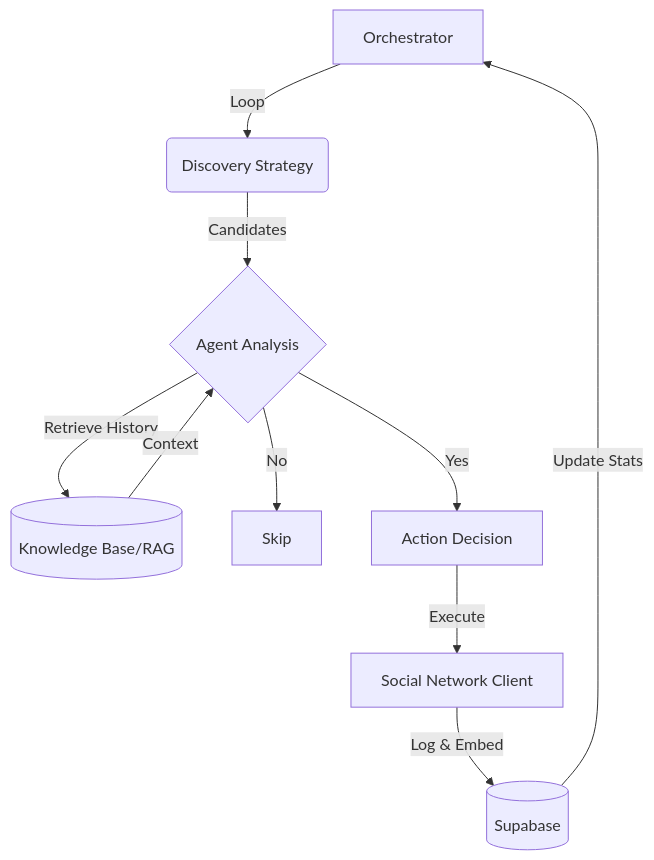
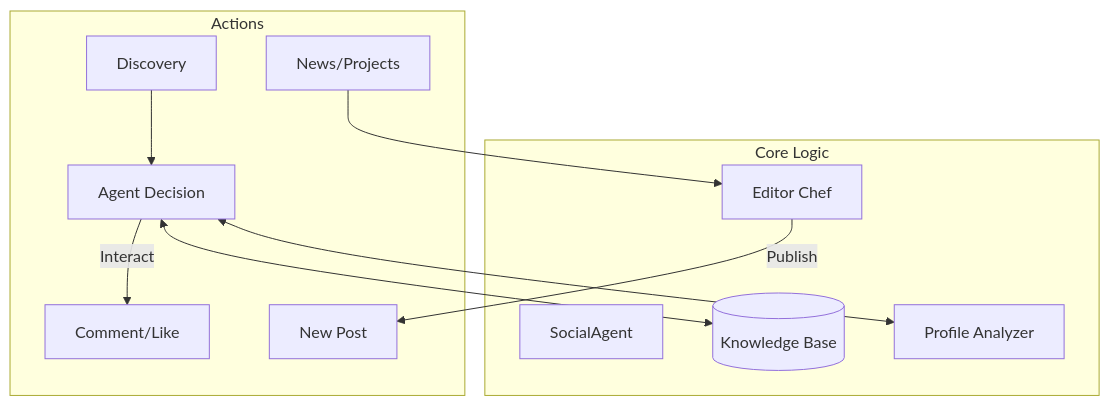
One commit to theminimalcreator/netbot changed the diagram in README.md. Above: the diagram before and after it, drawn with Mermaid. The commit also changed other lines of this file and 8 other files, not shown here.

````diff
--- a/README.md
+++ b/README.md
@@ -16,12 +16,18 @@
 ```mermaid
 graph TD
-    A[Orchestrator] -->|Loop| B(Discovery Strategy)
-    B -->|Candidates| C{Agent Analysis}
-    C -->|Retrieve History| K[(Knowledge Base/RAG)]
-    K -->|Context| C
-    C -->|No| D[Skip]
-    C -->|Yes| E[Action Decision]
-    E -->|Execute| F[Social Network Client]
-    F -->|Log & Embed| G[(Supabase)]
-    G -->|Update Stats| A
+    subgraph "Core Logic"
+        Agent[SocialAgent]
+        RAG[(Knowledge Base)]
+        Profile[Profile Analyzer]
+        Editor[Editor Chef]
+    end
+
+    subgraph "Actions"
+        Disc[Discovery] --> Analysis
+        Analysis[Agent Decision] -->|Interact| Comment[Comment/Like]
+        Curate[News/Projects] --> Editor -->|Publish| Post[New Post]
+    end
+
+    Analysis <--> RAG
+    Analysis <--> Profile
 ```
````
